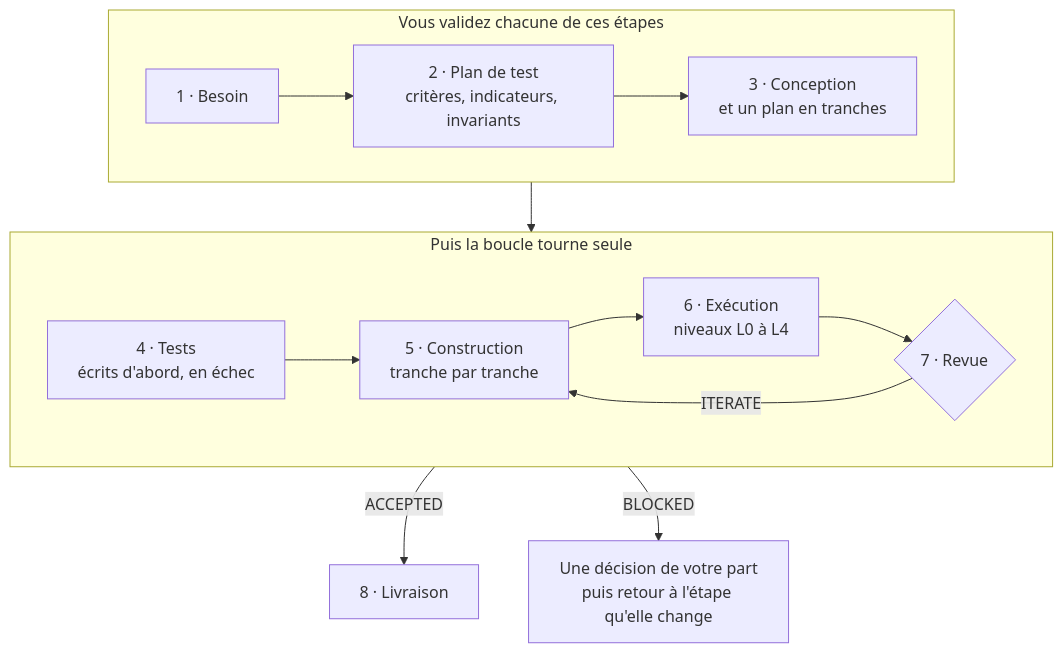
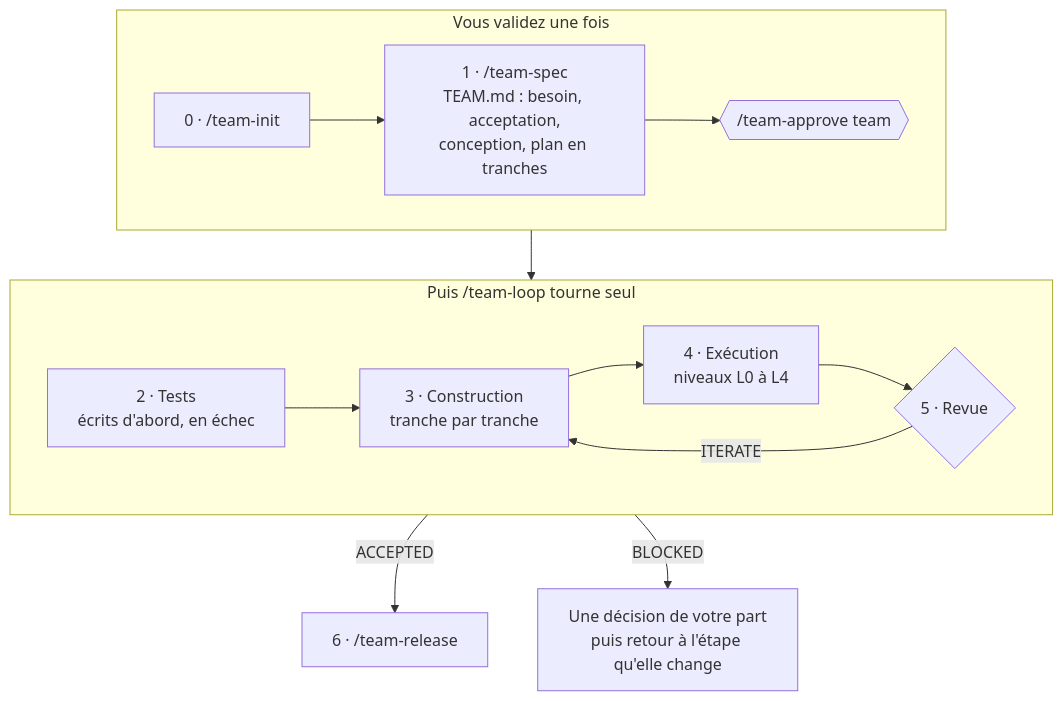
The second of 3 diagrams in docs/fr/concepts/process.md (Orkeon/orkeon-workshop), drawn with Mermaid before and after one commit. The commit also changed other lines of this file and 335 other files, not shown here.

````diff
--- a/docs/fr/concepts/process.md
+++ b/docs/fr/concepts/process.md
@@ -51,18 +49,18 @@
 ```mermaid
 flowchart TB
-    subgraph prep["Vous validez chacune de ces étapes"]
+    subgraph prep["Vous validez une fois"]
         direction LR
-        need["1 · Besoin"] --> plan["2 · Plan de test<br/>critères, indicateurs, invariants"]
-        plan --> design["3 · Conception<br/>et un plan en tranches"]
+        init["0 · /team-init"] --> spec["1 · /team-spec<br/>TEAM.md : besoin, acceptation,<br/>conception, plan en tranches"]
+        spec --> gate{{"/team-approve team"}}
     end
-    subgraph loop["Puis la boucle tourne seule"]
+    subgraph loop["Puis /team-loop tourne seul"]
         direction LR
-        tests["4 · Tests<br/>écrits d'abord, en échec"] --> build["5 · Construction<br/>tranche par tranche"]
-        build --> run["6 · Exécution<br/>niveaux L0 à L4"]
-        run --> review{"7 · Revue"}
+        tests["2 · Tests<br/>écrits d'abord, en échec"] --> build["3 · Construction<br/>tranche par tranche"]
+        build --> run["4 · Exécution<br/>niveaux L0 à L4"]
+        run --> review{"5 · Revue"}
         review -->|"ITERATE"| build
     end
     prep --> loop
-    loop -->|"ACCEPTED"| release["8 · Livraison"]
+    loop -->|"ACCEPTED"| release["6 · /team-release"]
     loop -->|"BLOCKED"| decision["Une décision de votre part<br/>puis retour à l'étape qu'elle change"]
 ```
````
